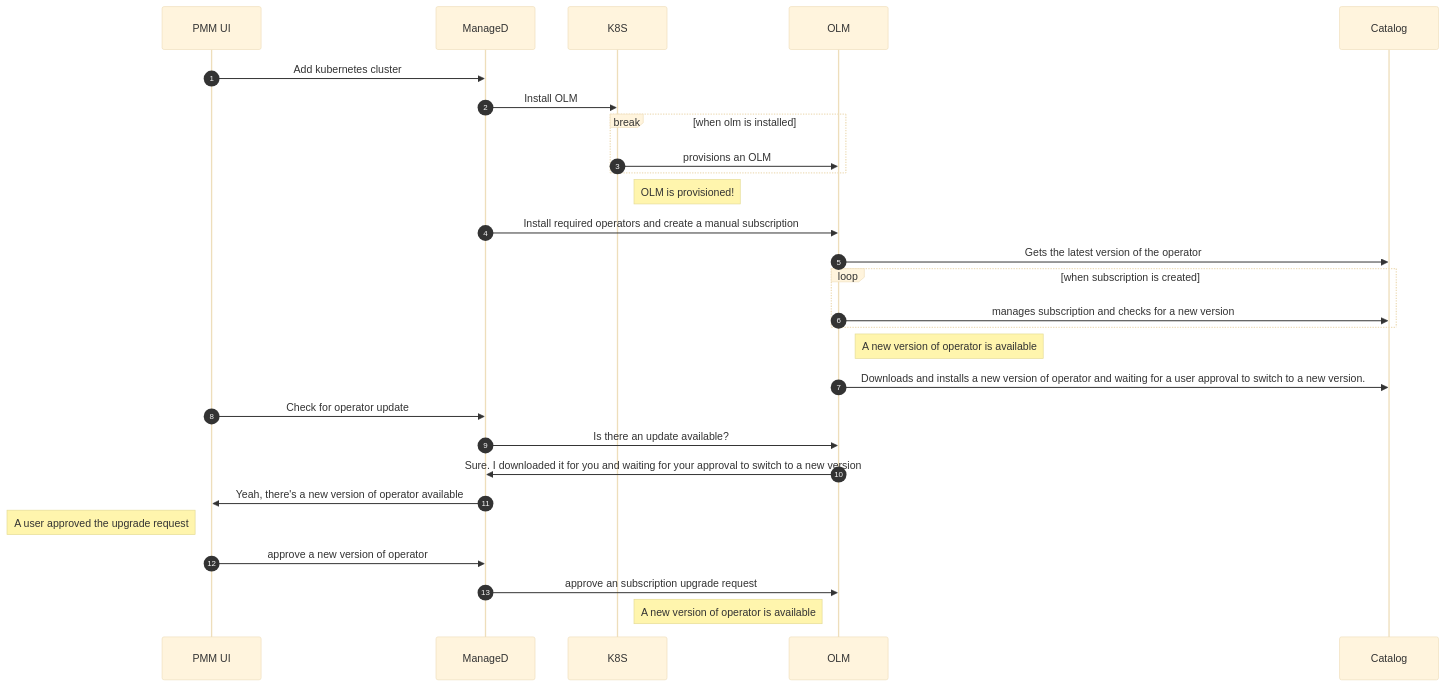
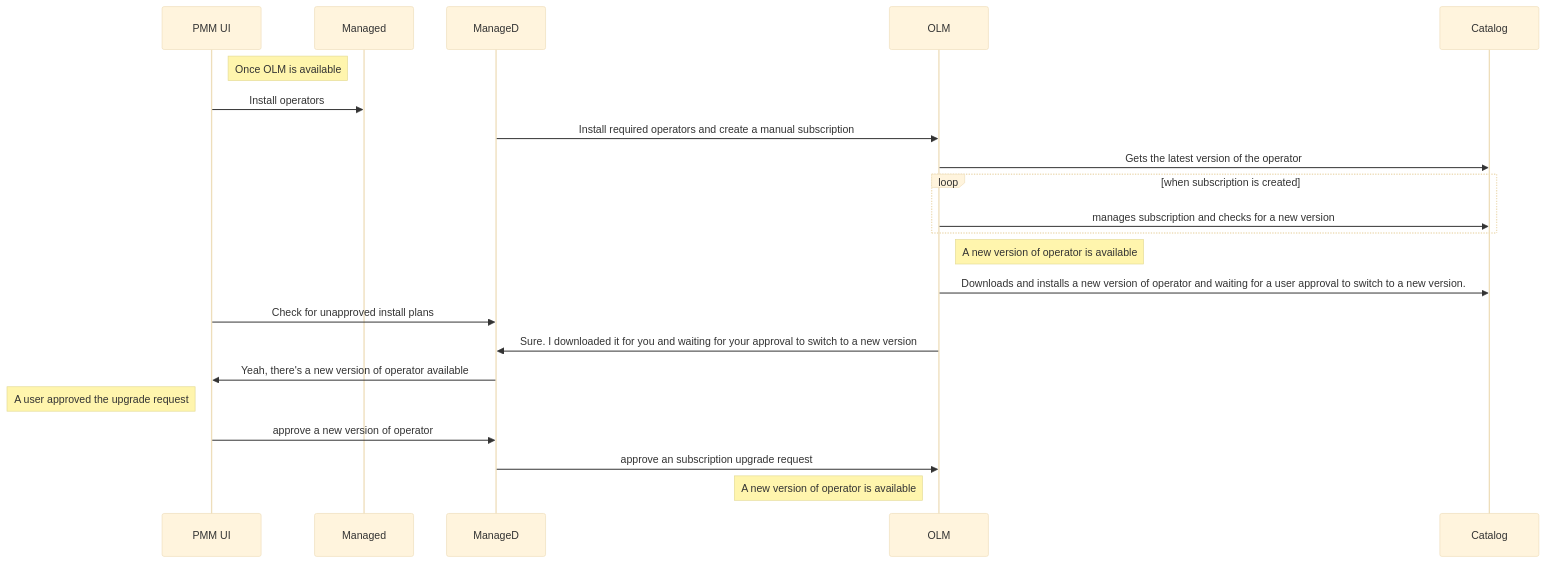
One commit to percona/pmm changed the second of 3 diagrams in docs/proposals/dbaas/01-architecture/proposal.md. Above: the diagram before and after it, drawn with Mermaid (base theme).

````diff
--- a/docs/proposals/dbaas/01-architecture/proposal.md
+++ b/docs/proposals/dbaas/01-architecture/proposal.md
@@ -78,25 +90,19 @@
 ```mermaid
 sequenceDiagram
-    autonumber
-    PMM UI->>ManageD: Add kubernetes cluster
-    ManageD->>K8S: Install OLM
-    break when olm is installed 
-    	K8S->>OLM: provisions an OLM
-    end
-    Note right of K8S: OLM is provisioned!
+    Note right of PMM UI: Once OLM is available 
+    PMM UI->>Managed: Install operators 
     ManageD->>OLM: Install required operators and create a manual subscription 
     OLM->>Catalog: Gets the latest version of the operator 
     loop when subscription is created 
         OLM->>Catalog: manages subscription and checks for a new version
     end
     Note right of OLM: A new version of operator is available
     OLM->>Catalog: Downloads and installs a new version of operator and waiting for a user approval to switch to a new version.
-    PMM UI->>ManageD: Check for operator update
-    ManageD->>OLM: Is there an update available?
+    PMM UI->>ManageD: Check for unapproved install plans
     OLM->>ManageD: Sure. I downloaded it for you and waiting for your approval to switch to a new version
     ManageD->>PMM UI: Yeah, there's a new version of operator available
     Note left of PMM UI: A user approved the upgrade request
     PMM UI->> ManageD: approve a new version of operator
     ManageD->>OLM: approve an subscription upgrade request
     Note left of OLM: A new version of operator is available 
 ```    
````
